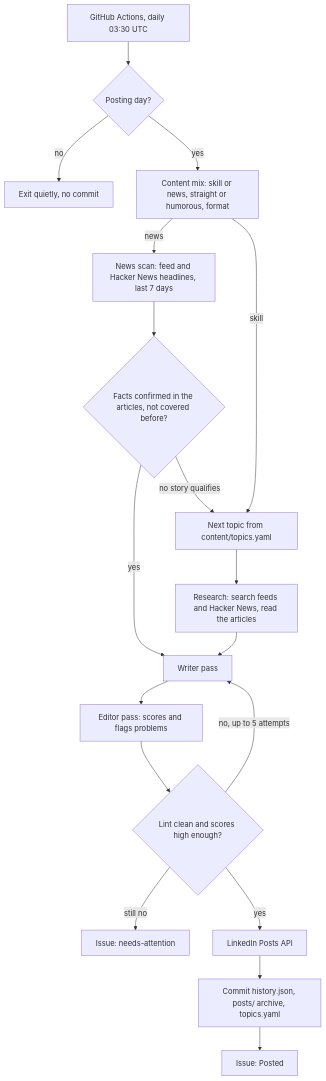
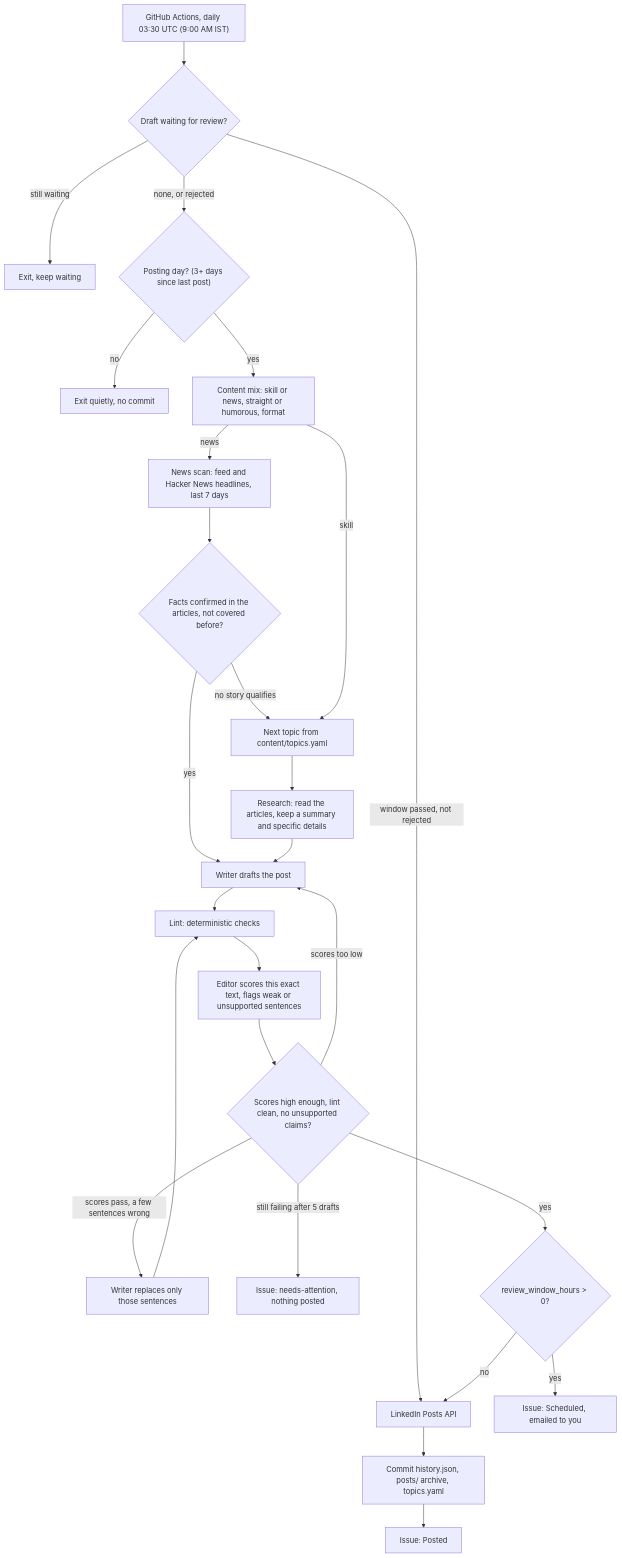
One commit to DragPhoenixOG/linkedin-ai-series-agent changed the diagram in README.md. Above: the diagram before and after it, drawn with Mermaid. The commit also changed other lines of this file and 2 other files, not shown here.

First line of the commit message:
Bring the README up to date; keep tests independent of the review window

````diff
--- a/README.md
+++ b/README.md
@@ -36,20 +44,28 @@
 ```mermaid
 flowchart TD
-    cron["GitHub Actions, daily 03:30 UTC"] --> sched{"Posting day?"}
+    cron["GitHub Actions, daily 03:30 UTC (9:00 AM IST)"] --> pending{"Draft waiting for review?"}
+    pending -- "window passed, not rejected" --> publish
+    pending -- "still waiting" --> wait["Exit, keep waiting"]
+    pending -- "none, or rejected" --> sched{"Posting day? (3+ days since last post)"}
     sched -- "no" --> skip["Exit quietly, no commit"]
     sched -- "yes" --> mix["Content mix: skill or news, straight or humorous, format"]
     mix -- "news" --> scan["News scan: feed and Hacker News headlines, last 7 days"]
     scan --> verify{"Facts confirmed in the articles, not covered before?"}
     verify -- "no story qualifies" --> topic
     verify -- "yes" --> write
     mix -- "skill" --> topic["Next topic from content/topics.yaml"]
-    topic --> research["Research: search feeds and Hacker News, read the articles"]
-    research --> write["Writer pass"]
-    write --> edit["Editor pass: scores and flags problems"]
-    edit --> lint{"Lint clean and scores high enough?"}
-    lint -- "no, up to 5 attempts" --> write
-    lint -- "still no" --> fail["Issue: needs-attention"]
-    lint -- "yes" --> publish["LinkedIn Posts API"]
+    topic --> research["Research: read the articles, keep a summary and specific details"]
+    research --> write["Writer drafts the post"]
+    write --> lint["Lint: deterministic checks"]
+    lint --> edit["Editor scores this exact text, flags weak or unsupported sentences"]
+    edit --> gate{"Scores high enough, lint clean, no unsupported claims?"}
+    gate -- "scores pass, a few sentences wrong" --> fix["Writer replaces only those sentences"]
+    fix --> lint
+    gate -- "scores too low" --> write
+    gate -- "still failing after 5 drafts" --> fail["Issue: needs-attention, nothing posted"]
+    gate -- "yes" --> review{"review_window_hours > 0?"}
+    review -- "yes" --> scheduled["Issue: Scheduled, emailed to you"]
+    review -- "no" --> publish["LinkedIn Posts API"]
     publish --> record["Commit history.json, posts/ archive, topics.yaml"]
     record --> posted["Issue: Posted"]
 ```
````
